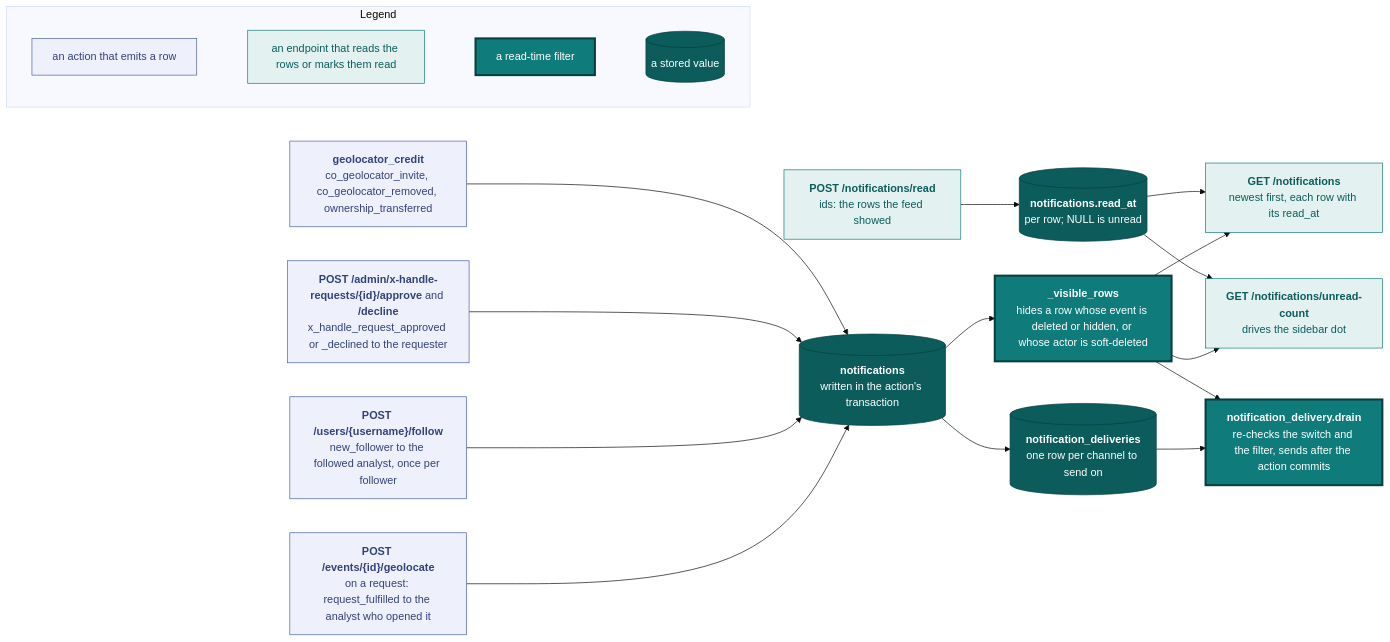
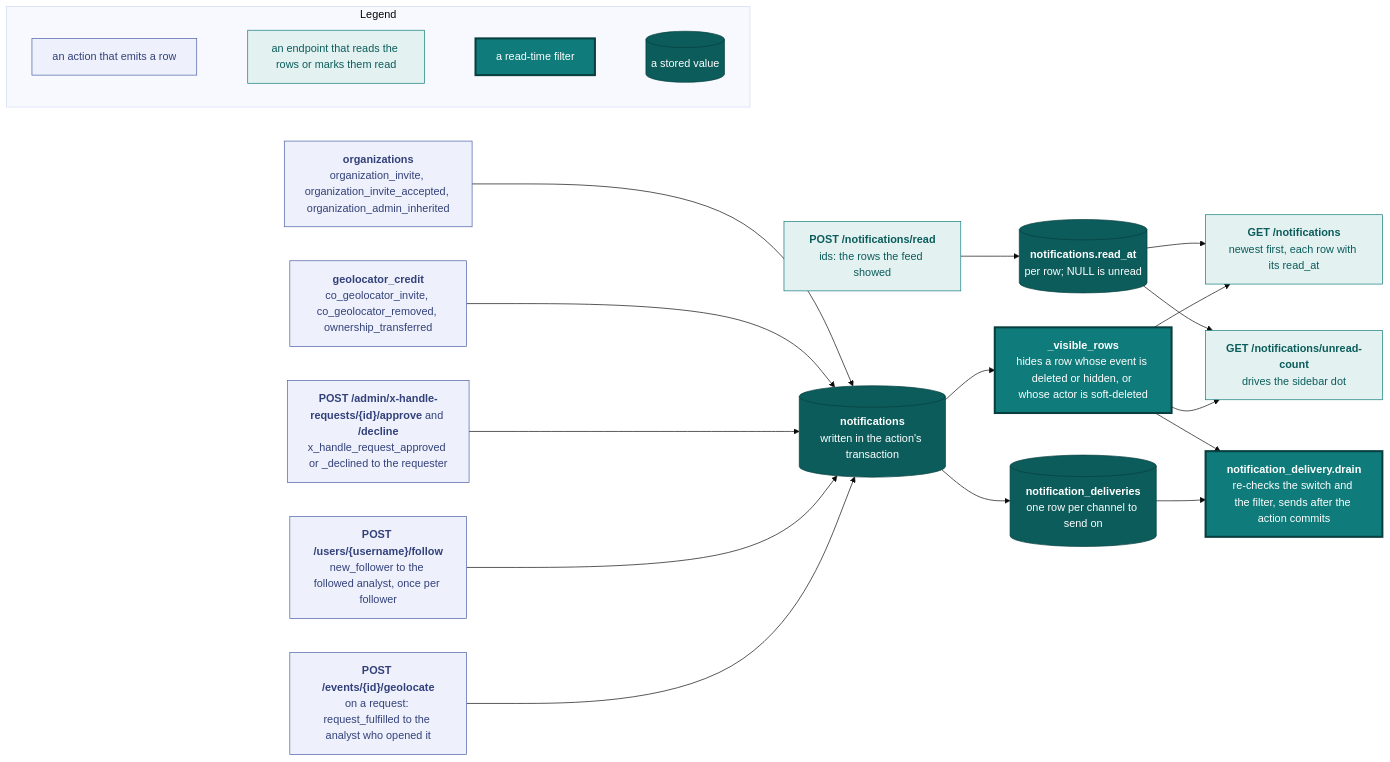
The fifth of 6 diagrams in docs/api.md (vidithq/vidit), drawn with Mermaid (base theme) before and after one commit. The commit also changed other lines of this file and 54 other files, not shown here.

Commit message:
feat: organizations with admin-created profiles and two roles (#569)

````diff
--- a/docs/api.md
+++ b/docs/api.md
@@ -2156,54 +2193,57 @@
 ```mermaid
 flowchart LR
   classDef spec fill:#eef1fb,stroke:#4a5fa5,color:#33417a
   classDef shared fill:#e3f2f1,stroke:#0f7b7a,color:#0b5c5b
   classDef core fill:#0f7b7a,stroke:#083f3e,stroke-width:3px,color:#ffffff
   classDef store fill:#0b5c5b,stroke:#083f3e,color:#ffffff
 
   subgraph legend [Legend]
     direction LR
     l1["`an action that emits a row`"]:::spec
     l2["`an endpoint that reads the rows or marks them read`"]:::shared
     l3["`a read-time filter`"]:::core
     l4[("`a stored value`")]:::store
     l1 ~~~ l2 ~~~ l3 ~~~ l4
   end
 
   geolocate["`**POST /events/{id}/geolocate**
   on a request: request_fulfilled to the analyst who opened it`"]:::spec
   follow["`**POST /users/{username}/follow**
   new_follower to the followed analyst, once per follower`"]:::spec
   xhandle["`**POST /admin/x-handle-requests/{id}/approve** and **/decline**
   x_handle_request_approved or _declined to the requester`"]:::spec
   credit["`**geolocator_credit**
   co_geolocator_invite, co_geolocator_removed, ownership_transferred`"]:::spec
+  orgs["`**organizations**
+  organization_invite, organization_invite_accepted, organization_admin_inherited`"]:::spec
   rows[("`**notifications**
   written in the action's transaction`")]:::store
   visible["`**_visible_rows**
   hides a row whose event is deleted or hidden, or whose actor is soft-deleted`"]:::core
   feed["`**GET /notifications**
   newest first, each row with its read_at`"]:::shared
   count["`**GET /notifications/unread-count**
   drives the sidebar dot`"]:::shared
   read["`**POST /notifications/read**
   ids: the rows the feed showed`"]:::shared
   readat[("`**notifications.read_at**
   per row; NULL is unread`")]:::store
   queue[("`**notification_deliveries**
   one row per channel to send on`")]:::store
   worker["`**notification_delivery.drain**
   re-checks the switch and the filter, sends after the action commits`"]:::core
 
   geolocate --> rows
   follow --> rows
   xhandle --> rows
   credit --> rows
+  orgs --> rows
   rows --> visible
   visible --> feed
   visible --> count
   read --> readat
   readat --> count
   readat --> feed
   rows --> queue --> worker
   visible --> worker
 ```
````
